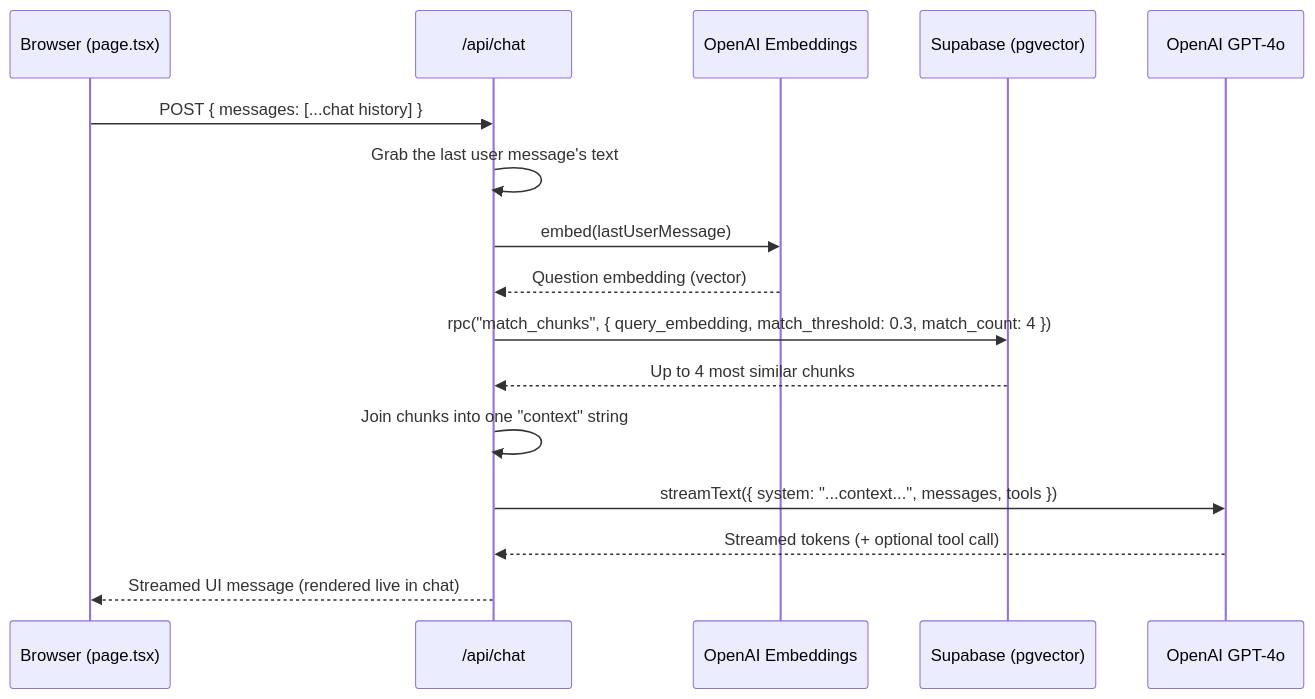
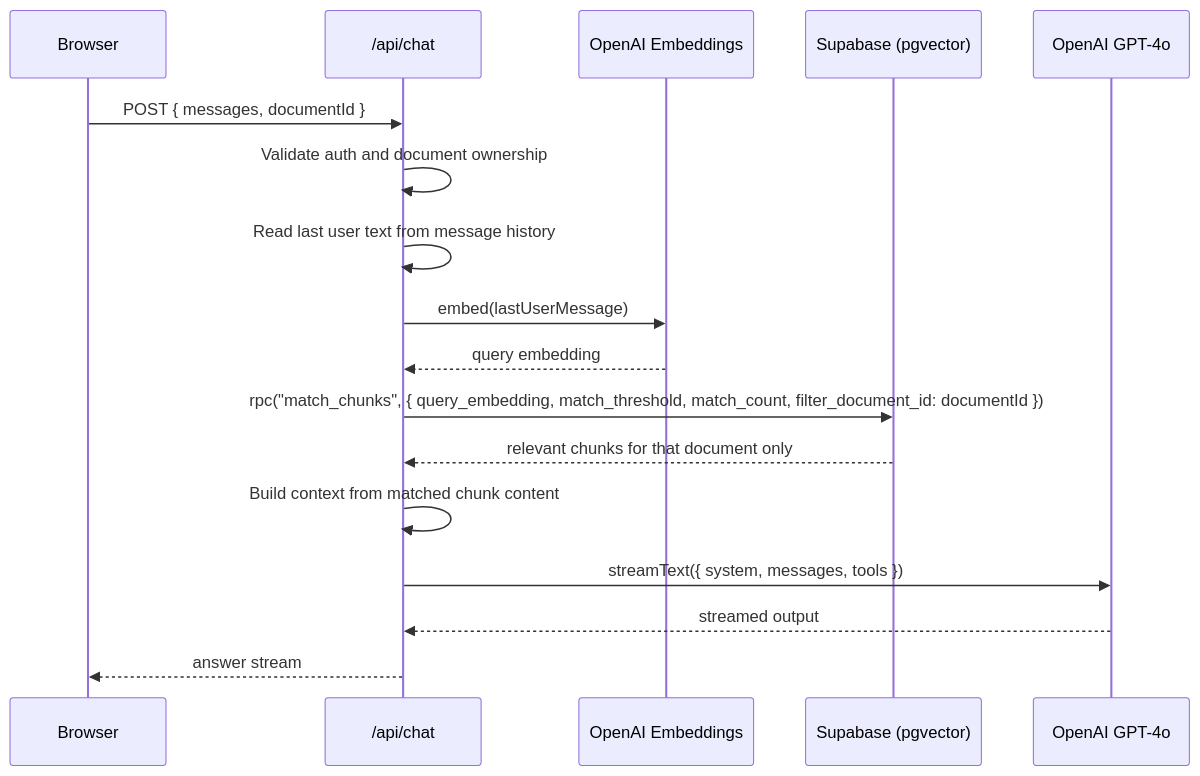
The third of 3 diagrams in document-assistant/README.md (oskarnordin/ai-document-assistant), drawn with Mermaid before and after one commit. The commit also changed other lines of this file, not shown here.

Commit message:
docs: update README to reflect new features and user authentication flow

````diff
--- a/document-assistant/README.md
+++ b/document-assistant/README.md
@@ -147,19 +211,20 @@
 ```mermaid
 sequenceDiagram
-    participant B as Browser (page.tsx)
+    participant B as Browser
     participant C as /api/chat
     participant O1 as OpenAI Embeddings
     participant S as Supabase (pgvector)
     participant O2 as OpenAI GPT-4o
 
-    B->>C: POST { messages: [...chat history] }
-    C->>C: Grab the last user message's text
+    B->>C: POST { messages, documentId }
+    C->>C: Validate auth and document ownership
+    C->>C: Read last user text from message history
     C->>O1: embed(lastUserMessage)
-    O1-->>C: Question embedding (vector)
-    C->>S: rpc("match_chunks", { query_embedding, match_threshold: 0.3, match_count: 4 })
-    S-->>C: Up to 4 most similar chunks
-    C->>C: Join chunks into one "context" string
-    C->>O2: streamText({ system: "...context...", messages, tools })
-    O2-->>C: Streamed tokens (+ optional tool call)
-    C-->>B: Streamed UI message (rendered live in chat)
+    O1-->>C: query embedding
+    C->>S: rpc("match_chunks", { query_embedding, match_threshold, match_count, filter_document_id: documentId })
+    S-->>C: relevant chunks for that document only
+    C->>C: Build context from matched chunk content
+    C->>O2: streamText({ system, messages, tools })
+    O2-->>C: streamed output
+    C-->>B: answer stream
 ```
````
